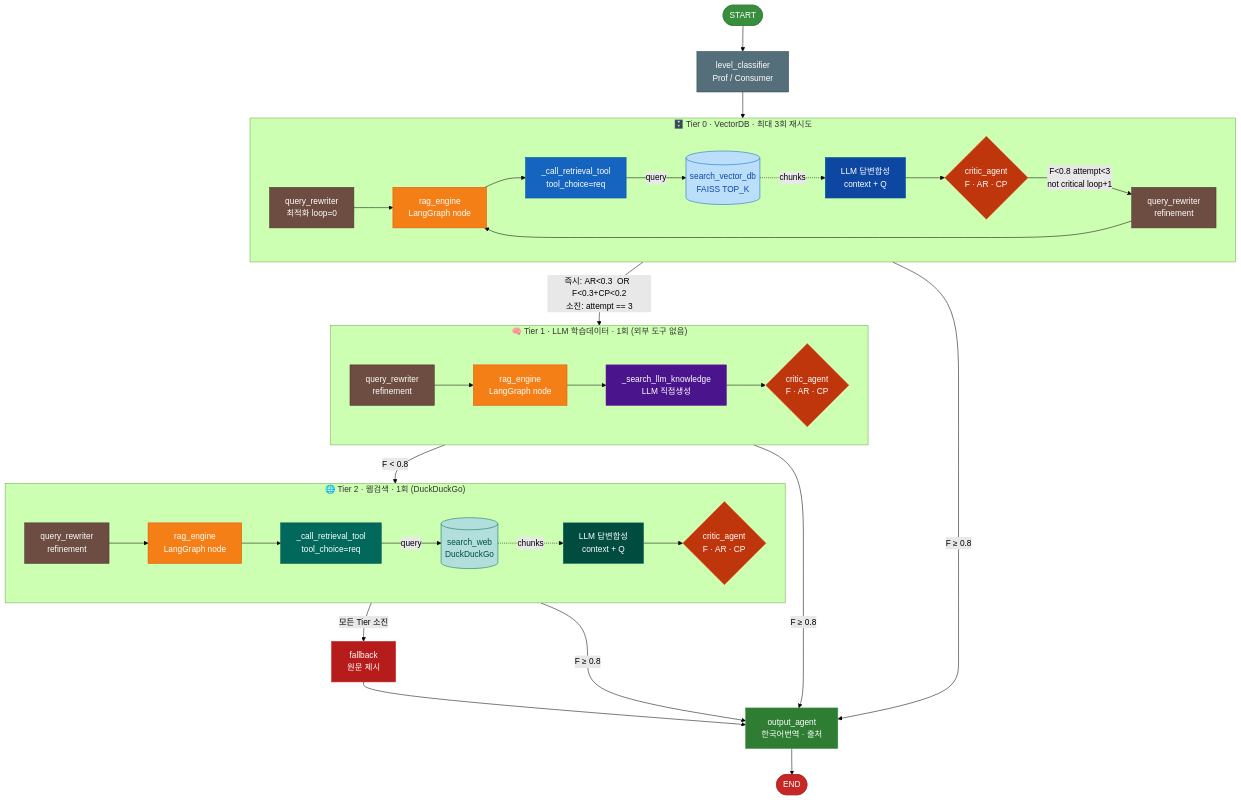
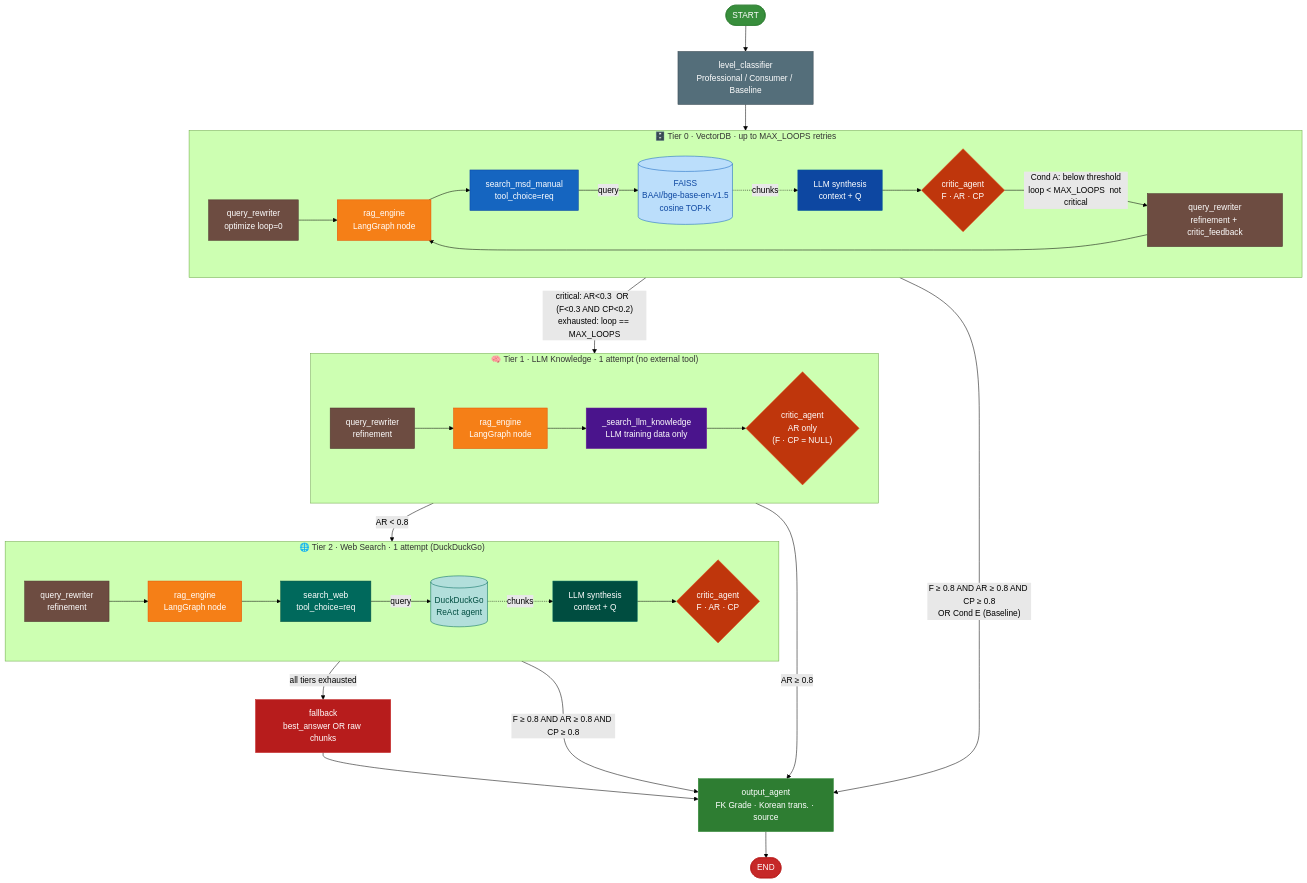
One commit to seoulit7/rag_nonmun changed the diagram in image/pipeline_diagram.mmd. Above: the diagram before and after it, drawn with Mermaid (forest theme). The commit also changed 41 other files, not shown here.

First line of the commit message:
feat: 파이프라인 다이어그램 영문화 및 UI 개선

```diff
--- a/image/pipeline_diagram.mmd
+++ b/image/pipeline_diagram.mmd
@@ -1,79 +1,79 @@
 ---
 config:
   layout: fixed
 ---
 flowchart TB
- subgraph T0["🗄️  Tier 0 · VectorDB · 최대 3회 재시도"]
+ subgraph T0["🗄️  Tier 0 · VectorDB · up to MAX_LOOPS retries"]
     direction LR
-        QR0["query_rewriter\n최적화 loop=0"]
-        RE0["rag_engine\nLangGraph node"]
-        RA0["_call_retrieval_tool\ntool_choice=req"]
-        VDB[("search_vector_db\nFAISS TOP_K")]
-        GA0["LLM 답변합성\ncontext + Q"]
-        CR0{"critic_agent\nF · AR · CP"}
-        QRF["query_rewriter\nrefinement"]
+        QR0["query_rewriter<br/>optimize  loop=0"]
+        RE0["rag_engine<br/>LangGraph node"]
+        RA0["search_msd_manual<br/>tool_choice=req"]
+        VDB[("FAISS<br/>BAAI/bge-base-en-v1.5<br/>cosine TOP-K")]
+        GA0["LLM synthesis<br/>context + Q"]
+        CR0{"critic_agent<br/>F · AR · CP"}
+        QRF["query_rewriter<br/>refinement + critic_feedback"]
   end
- subgraph T1["🧠  Tier 1 · LLM 학습데이터 · 1회  (외부 도구 없음)"]
+ subgraph T1["🧠  Tier 1 · LLM Knowledge · 1 attempt  (no external tool)"]
     direction LR
-        QR1["query_rewriter\nrefinement"]
-        RE1["rag_engine\nLangGraph node"]
-        LLM["_search_llm_knowledge\nLLM 직접생성"]
-        CR1{"critic_agent\nF · AR · CP"}
+        QR1["query_rewriter<br/>refinement"]
+        RE1["rag_engine<br/>LangGraph node"]
+        LLM["_search_llm_knowledge<br/>LLM training data only"]
+        CR1{"critic_agent<br/>AR only<br/>(F · CP = NULL)"}
   end
- subgraph T2["🌐  Tier 2 · 웹검색 · 1회  (DuckDuckGo)"]
+ subgraph T2["🌐  Tier 2 · Web Search · 1 attempt  (DuckDuckGo)"]
     direction LR
-        QR2["query_rewriter\nrefinement"]
-        RE2["rag_engine\nLangGraph node"]
-        RA2["_call_retrieval_tool\ntool_choice=req"]
-        WEB[("search_web\nDuckDuckGo")]
-        GA2["LLM 답변합성\ncontext + Q"]
-        CR2{"critic_agent\nF · AR · CP"}
+        QR2["query_rewriter<br/>refinement"]
+        RE2["rag_engine<br/>LangGraph node"]
+        RA2["search_web<br/>tool_choice=req"]
+        WEB[("DuckDuckGo<br/>ReAct agent")]
+        GA2["LLM synthesis<br/>context + Q"]
+        CR2{"critic_agent<br/>F · AR · CP"}
   end
-    A(["START"]) --> LC["level_classifier\nProf / Consumer"]
+    A(["START"]) --> LC["level_classifier<br/>Professional / Consumer / Baseline"]
     LC --> QR0
     QR0 --> RE0
     RE0 --> RA0
     RA0 -- query --> VDB
     VDB -. chunks .-> GA0
     GA0 --> CR0
-    CR0 -- "F<0.8  attempt<3\nnot critical  loop+1" --> QRF
+    CR0 -- "Cond A: below threshold<br/>loop &lt; MAX_LOOPS  not critical" --> QRF
     QRF --> RE0
-    CR0 -- "F ≥ 0.8" --> OUT["output_agent\n한국어번역 · 출처"]
-    CR0 -- "즉시: AR<0.3  OR  F<0.3+CP<0.2\n소진: attempt == 3" --> QR1
+    CR0 -- "F ≥ 0.8 AND AR ≥ 0.8 AND CP ≥ 0.8<br/>OR Cond E (Baseline)" --> OUT["output_agent<br/>FK Grade · Korean trans. · source"]
+    CR0 -- "critical: AR&lt;0.3  OR  (F&lt;0.3 AND CP&lt;0.2)<br/>exhausted: loop == MAX_LOOPS" --> QR1
     QR1 --> RE1
     RE1 --> LLM
     LLM --> CR1
-    CR1 -- "F ≥ 0.8" --> OUT
-    CR1 -- "F < 0.8" --> QR2
+    CR1 -- "AR ≥ 0.8" --> OUT
+    CR1 -- "AR < 0.8" --> QR2
     QR2 --> RE2
     RE2 --> RA2
     RA2 -- query --> WEB
     WEB -. chunks .-> GA2
     GA2 --> CR2
-    CR2 -- "F ≥ 0.8" --> OUT
-    CR2 -- 모든 Tier 소진 --> FB["fallback\n원문 제시"]
+    CR2 -- "F ≥ 0.8 AND AR ≥ 0.8 AND CP ≥ 0.8" --> OUT
+    CR2 -- "all tiers exhausted" --> FB["fallback<br/>best_answer OR raw chunks"]
     FB --> OUT
     OUT --> Z(["END"])
 
     style QR0 fill:#6D4C41,color:#fff,stroke:#4E342E
     style RE0 fill:#F57F17,color:#fff,stroke:#E65100
     style RA0 fill:#1565C0,color:#fff,stroke:#0D47A1
     style VDB fill:#BBDEFB,color:#0D47A1,stroke:#1565C0
     style GA0 fill:#0D47A1,color:#fff,stroke:#01579B
     style CR0 fill:#BF360C,color:#fff,stroke:#E64A19
     style QRF fill:#6D4C41,color:#fff,stroke:#4E342E
     style QR1 fill:#6D4C41,color:#fff,stroke:#4E342E
     style RE1 fill:#F57F17,color:#fff,stroke:#E65100
     style LLM fill:#4A148C,color:#fff,stroke:#6A1B9A
     style CR1 fill:#BF360C,color:#fff,stroke:#E64A19
     style QR2 fill:#6D4C41,color:#fff,stroke:#4E342E
     style RE2 fill:#F57F17,color:#fff,stroke:#E65100
     style RA2 fill:#00695C,color:#fff,stroke:#004D40
     style WEB fill:#B2DFDB,color:#004D40,stroke:#00695C
     style GA2 fill:#004D40,color:#fff,stroke:#00695C
     style CR2 fill:#BF360C,color:#fff,stroke:#E64A19
     style A   fill:#388E3C,color:#fff,stroke:#2E7D32
     style LC  fill:#546E7A,color:#fff,stroke:#37474F
     style OUT fill:#2E7D32,color:#fff,stroke:#388E3C
     style FB  fill:#B71C1C,color:#fff,stroke:#C62828
     style Z   fill:#C62828,color:#fff,stroke:#B71C1C
```
